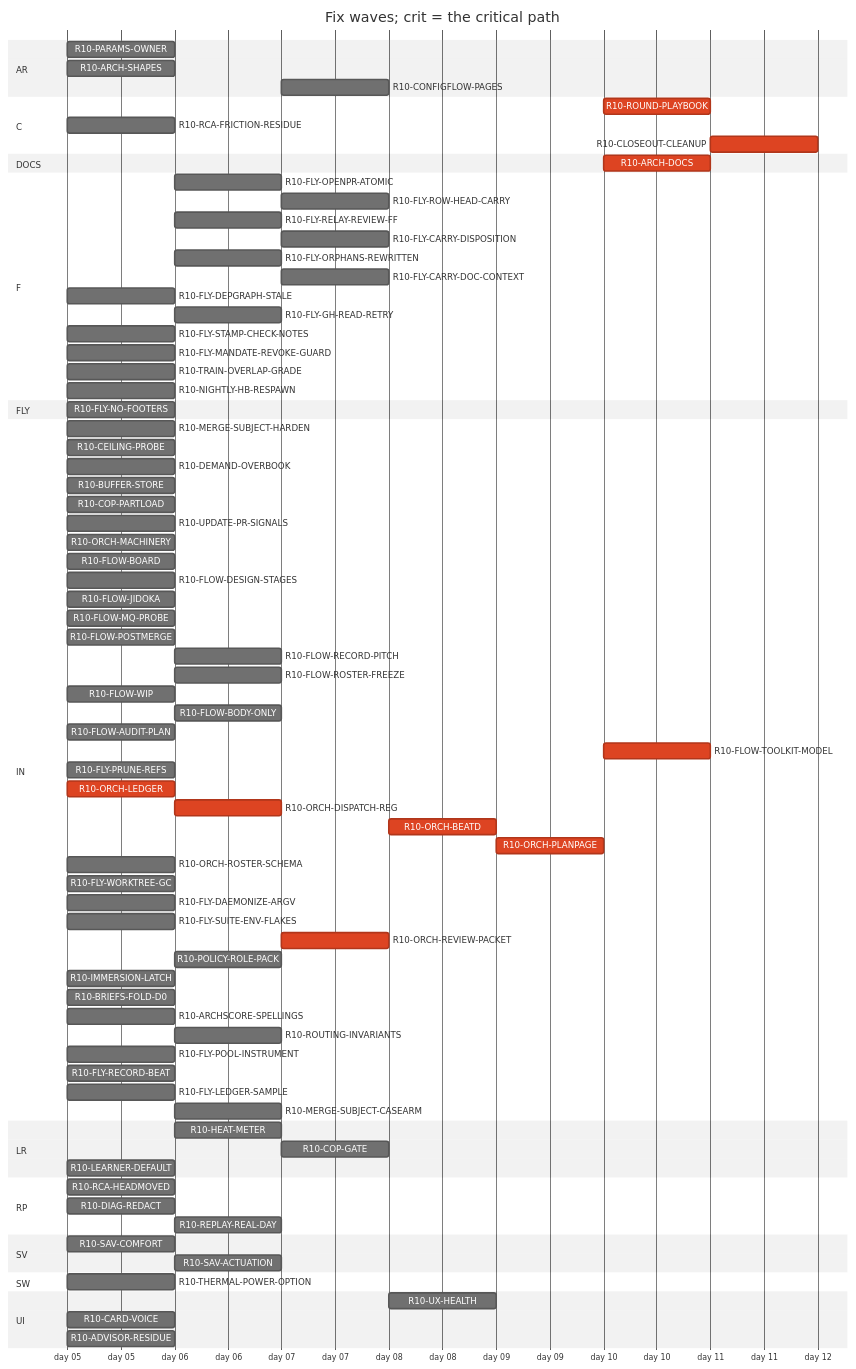
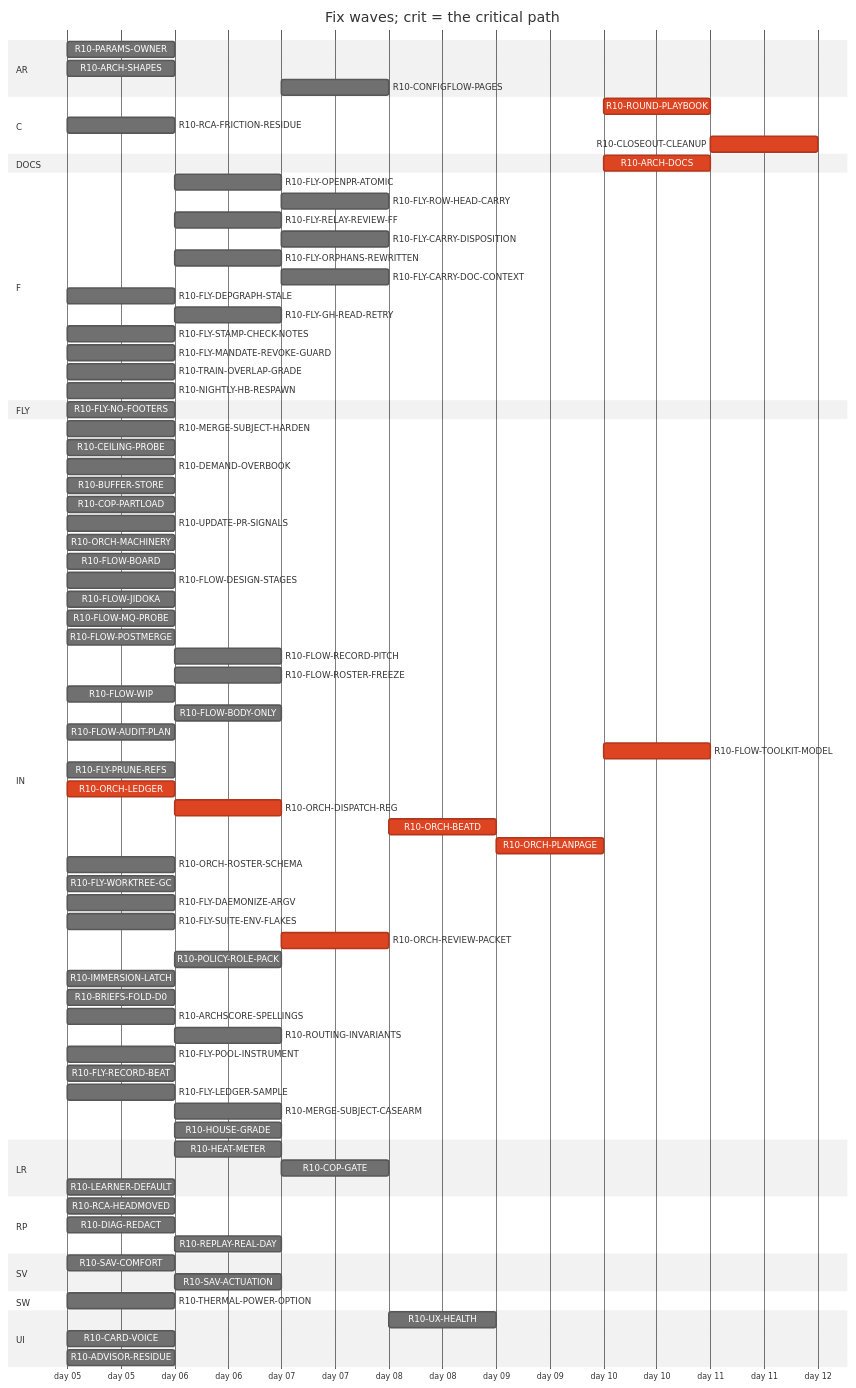
The diagram in handoff/round10/state/PLAN-TABLE.md (tvofi/heatpump_optimizer), drawn with Mermaid (neutral theme) before and after one commit. The commit also changed other lines of this file and 1 other file, not shown here.

```diff
--- a/handoff/round10/state/PLAN-TABLE.md
+++ b/handoff/round10/state/PLAN-TABLE.md
@@ -89,6 +89,7 @@
     R10-FLY-RECORD-BEAT :r10FLYRECORDBEAT, 2026-01-05, 1d
     R10-FLY-LEDGER-SAMPLE :r10FLYLEDGERSAMPLE, 2026-01-05, 1d
     R10-MERGE-SUBJECT-CASEARM :r10MERGESUBJECTCASEARM, after r10MERGESUBJECTHARDEN, 1d
+    R10-HOUSE-GRADE :r10HOUSEGRADE, after r10PARAMSOWNER, 1d
   section LR
     R10-HEAT-METER :r10HEATMETER, after r10PARAMSOWNER r10ARCHSHAPES r10THERMALPOWEROPTION, 1d
     R10-COP-GATE :r10COPGATE, after r10HEATMETER, 1d
```
